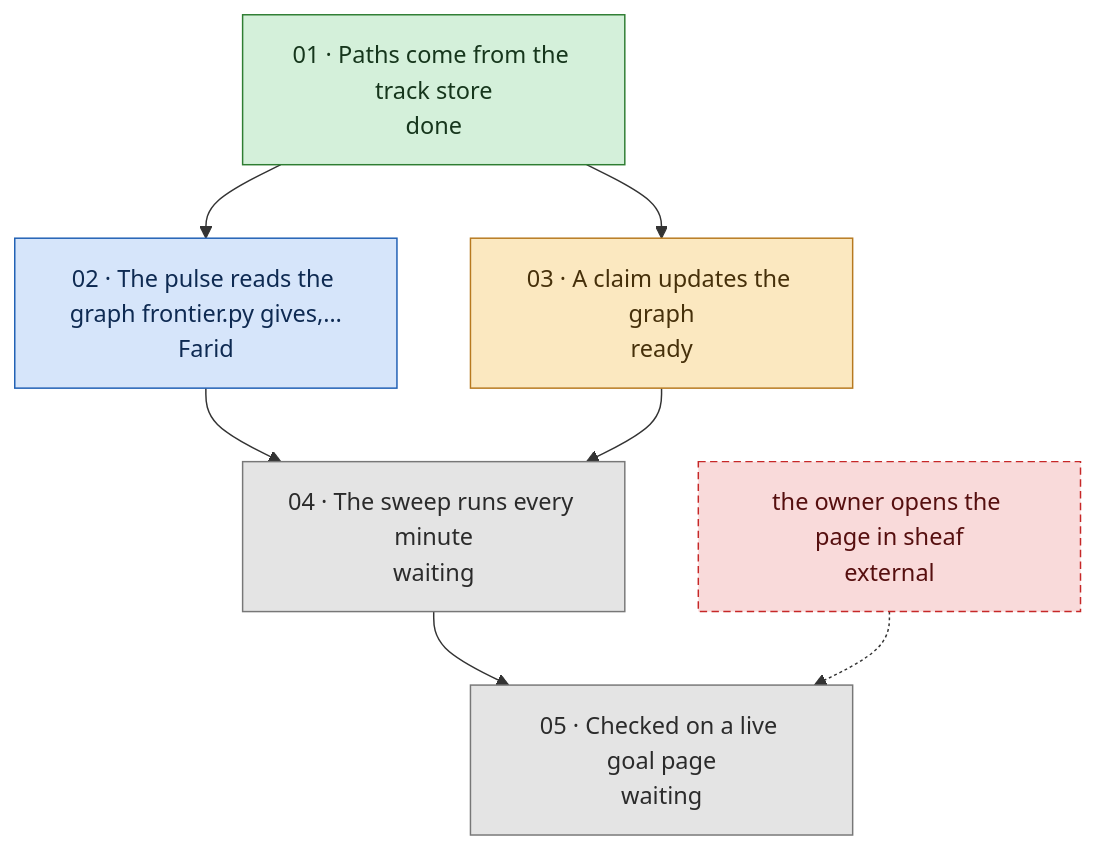
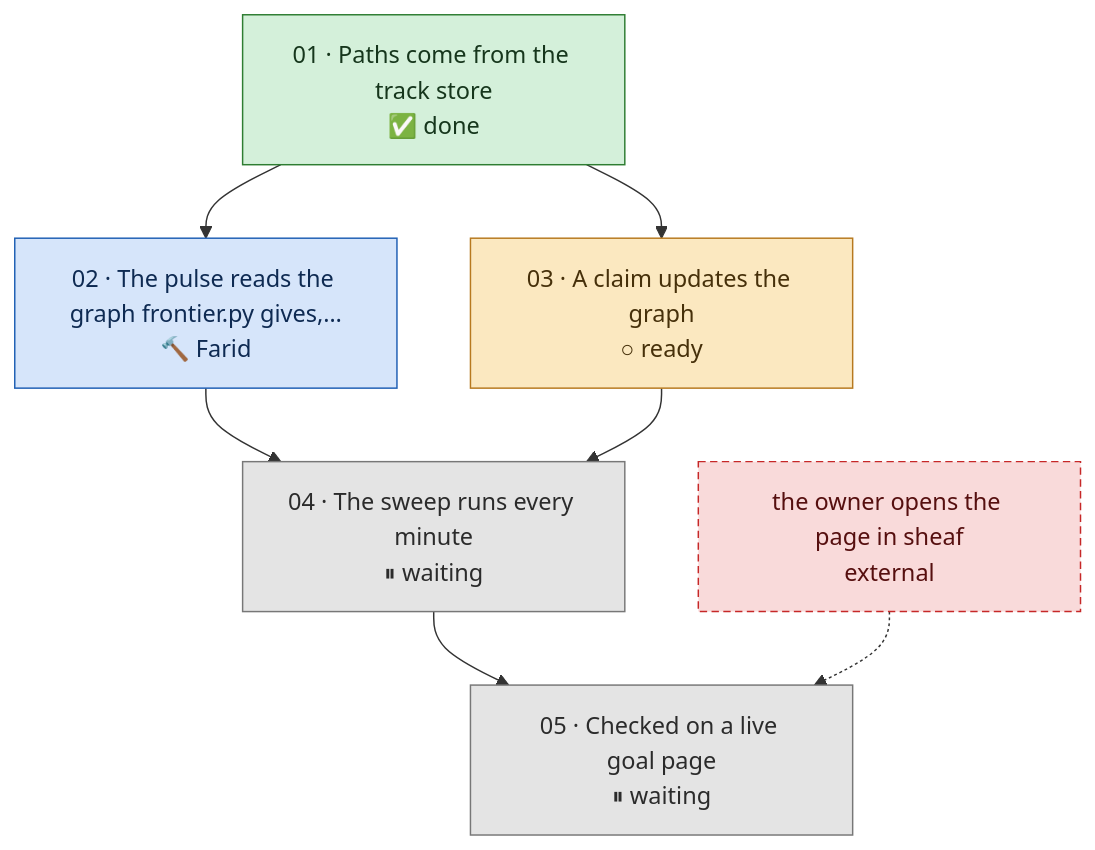
The diagram in skills/boss/fixtures/goal-graph/expected-block.md (sweatshop-ai/claude-boss), drawn with Mermaid before and after one commit. The commit also changed 7 other files, not shown here.

First line of the commit message:
goal-graph: each claimed ticket shows what its worker is doing (0.30.0)

````diff
--- a/skills/boss/fixtures/goal-graph/expected-block.md
+++ b/skills/boss/fixtures/goal-graph/expected-block.md
@@ -2,25 +2,25 @@
 ```mermaid
 flowchart TD
-  t01["01 · Paths come from the track store<br/>done"]
-  t02["02 · The pulse reads the graph frontier.py gives,…<br/>Farid"]
-  t03["03 · A claim updates the graph<br/>ready"]
-  t04["04 · The sweep runs every minute<br/>waiting"]
-  t05["05 · Checked on a live goal page<br/>waiting"]
+  t01["01 · Paths come from the track store<br/>✅ done"]
+  t02["02 · The pulse reads the graph frontier.py gives,…<br/>🔨 Farid"]
+  t03["03 · A claim updates the graph<br/>○ ready"]
+  t04["04 · The sweep runs every minute<br/>⏸ waiting"]
+  t05["05 · Checked on a live goal page<br/>⏸ waiting"]
   x1["the owner opens the page in sheaf<br/>external"]
   t01 --> t02
   t01 --> t03
   t02 --> t04
   t03 --> t04
   t04 --> t05
   x1 -.-> t05
   classDef done fill:#d4f0da,stroke:#2e7d32,color:#16361c
   classDef claimed fill:#d6e5fa,stroke:#1f5fb4,color:#0e2a52
   classDef ready fill:#fbe8c0,stroke:#b7791f,color:#46300a
   classDef waiting fill:#e4e4e4,stroke:#777777,color:#2b2b2b
   classDef external fill:#f9dada,stroke:#c62828,color:#560f0f,stroke-dasharray:5 3
   class t01 done
   class t02 claimed
   class t03 ready
   class t04,t05 waiting
   class x1 external
 ```
````
